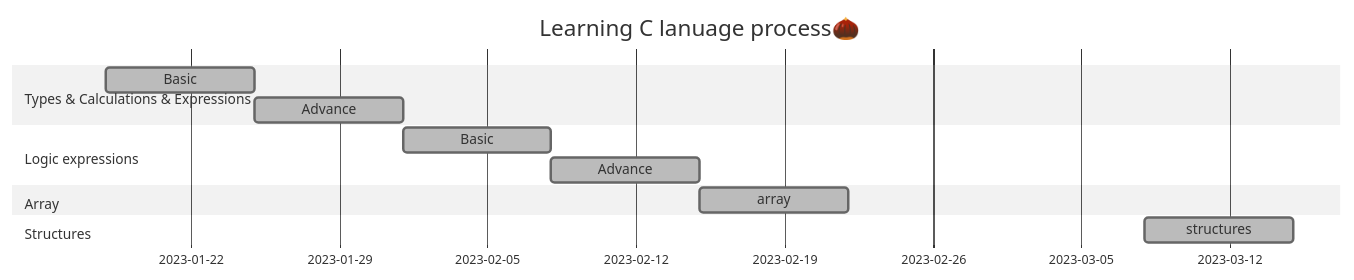
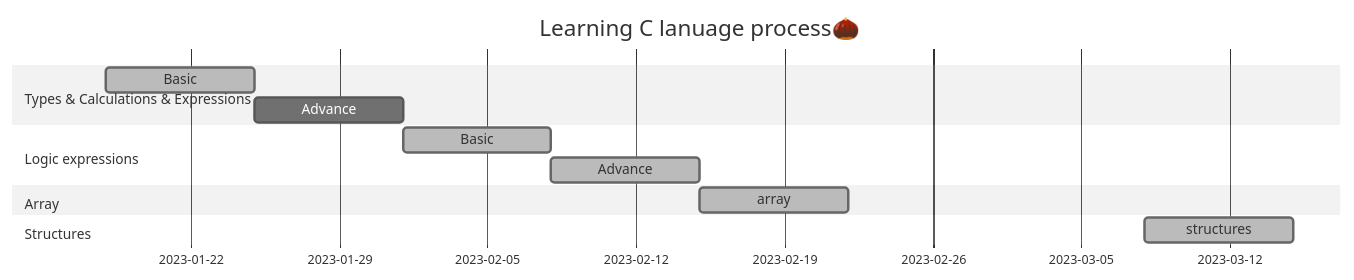
Before and after one commit to AimeeWen1992/Learning-C: the second of 2 diagrams in README.md, drawn with Mermaid (neutral theme).

````diff
--- a/README.md
+++ b/README.md
@@ -32,21 +32,21 @@
 ```mermaid
 gantt
 title Learning C lanuage process🌰
 
 dateFormat MM-DD
 
 section Types & Calculations & Expressions
 Basic :done,01-18,7d
-Advance :done,01-25,7d
+Advance :01-25,7d
 
 section Logic expressions
 Basic :done,des1,02-01,7d
 Advance :done,des2,after des1,7d
 
 section Array
 array :done,02-15,7d
 
 section Structures
 structures :done,03-08,7d
 
 ```
````
